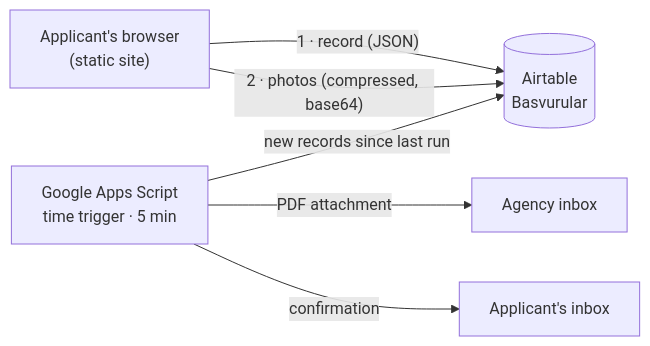
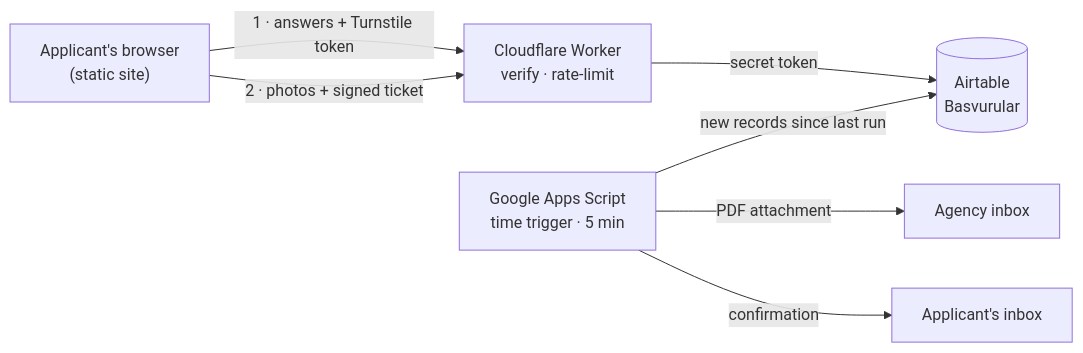
The diagram in README.md (Ramo212121/diyarbakir-sinema-ofisi), drawn with Mermaid before and after one commit. The commit also changed other lines of this file and 11 other files, not shown here.

First line of the commit message:
Kayıt formu Cloudflare Worker üzerinden: Turnstile, IP sınırı, domain ayarları

````diff
--- a/README.md
+++ b/README.md
@@ -105,8 +105,9 @@
 ```mermaid
 flowchart LR
-    A["Applicant's browser<br/>(static site)"] -- "1 · record (JSON)" --> B[("Airtable<br/>Basvurular")]
-    A -- "2 · photos (compressed, base64)" --> B
+    A["Applicant's browser<br/>(static site)"] -- "1 · answers + Turnstile token" --> W["Cloudflare Worker<br/>verify · rate-limit"]
+    A -- "2 · photos + signed ticket" --> W
+    W -- "secret token" --> B[("Airtable<br/>Basvurular")]
     C["Google Apps Script<br/>time trigger · 5 min"] -- "new records since last run" --> B
     C -- "PDF attachment" --> D["Agency inbox"]
     C -- "confirmation" --> E["Applicant's inbox"]
 ```
````
